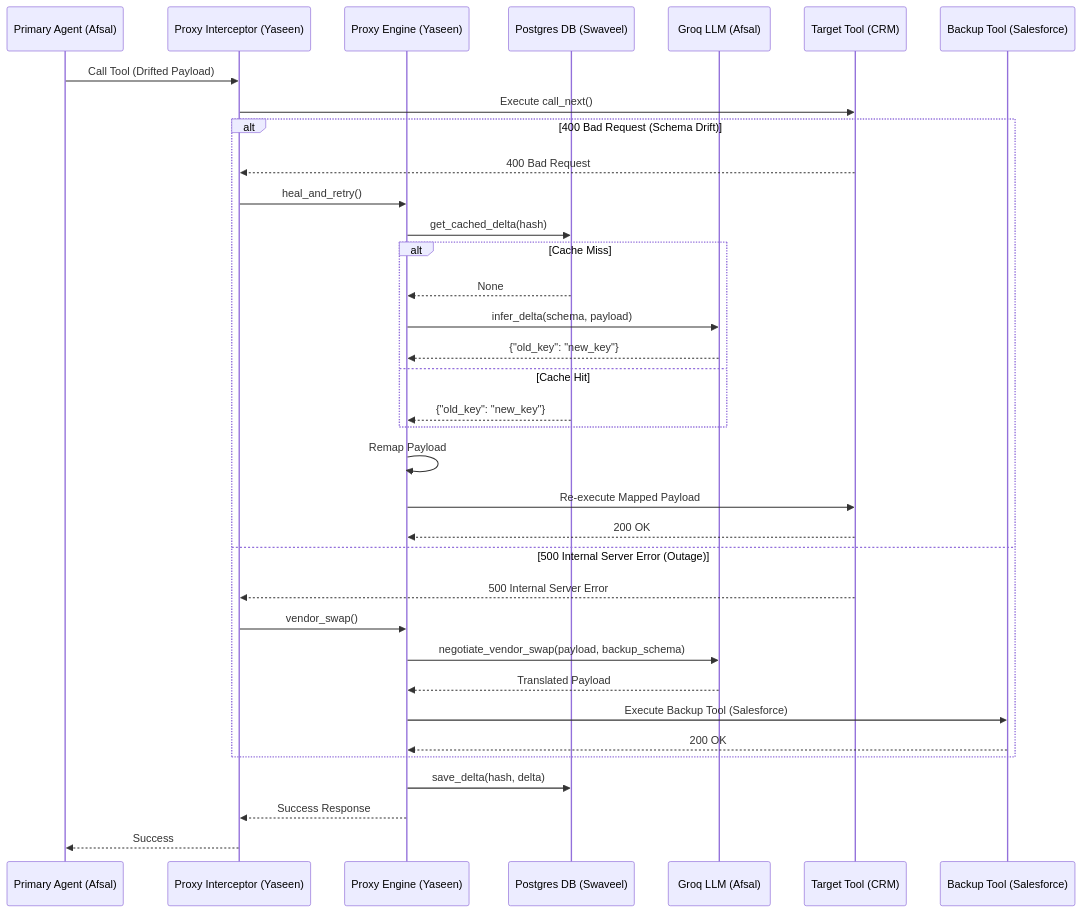
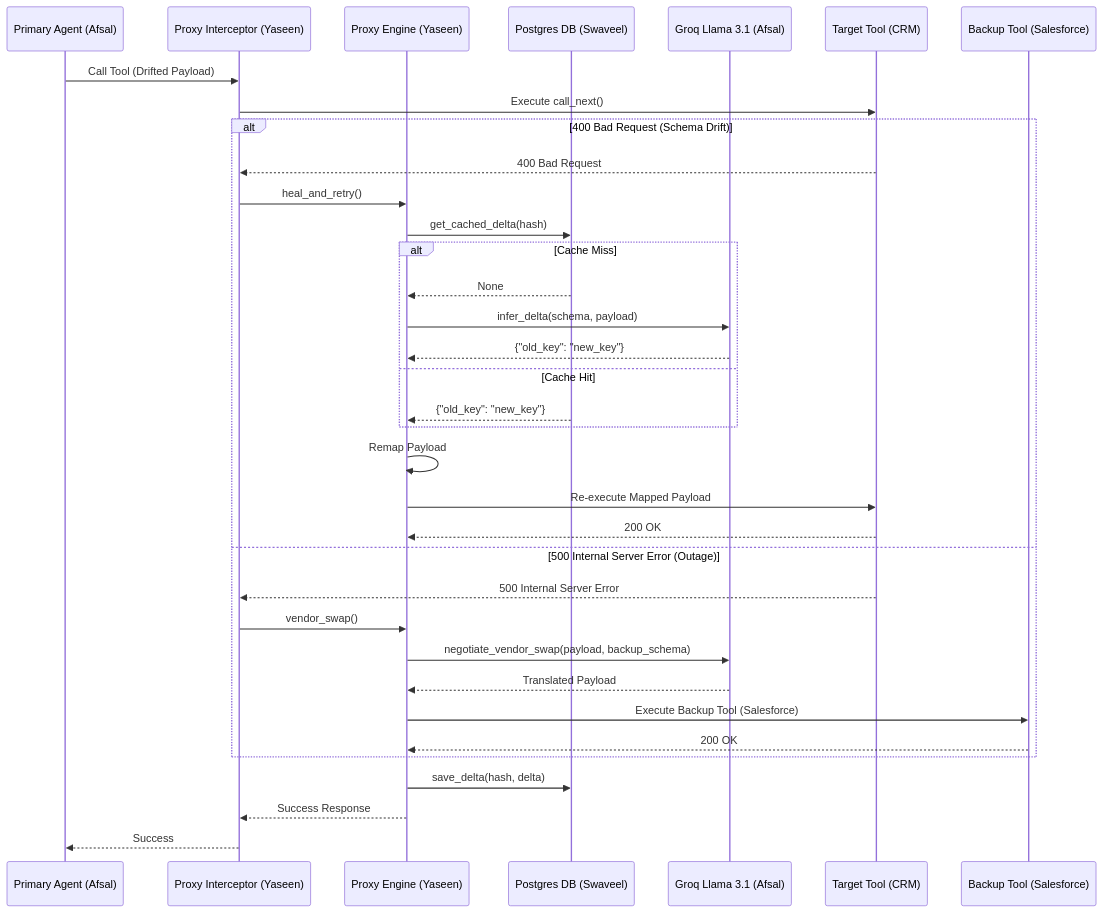
Before and after one commit to yaseenzj/Agent-Arc: the diagram in docs/architecture.md, drawn with Mermaid. The commit also changed other lines of this file and 6 other files, not shown here.

````diff
--- a/docs/architecture.md
+++ b/docs/architecture.md
@@ -17,41 +18,41 @@
 ```mermaid
 sequenceDiagram
     participant Agent as Primary Agent (Afsal)
     participant FastMCP as Proxy Interceptor (Yaseen)
     participant Engine as Proxy Engine (Yaseen)
     participant Cache as Postgres DB (Swaveel)
-    participant Inference as Groq LLM (Afsal)
+    participant Inference as Groq Llama 3.1 (Afsal)
     participant Tool as Target Tool (CRM)
     participant Backup as Backup Tool (Salesforce)
 
     Agent->>FastMCP: Call Tool (Drifted Payload)
     FastMCP->>Tool: Execute call_next()
     
     alt 400 Bad Request (Schema Drift)
         Tool-->>FastMCP: 400 Bad Request
         FastMCP->>Engine: heal_and_retry()
         Engine->>Cache: get_cached_delta(hash)
         alt Cache Miss
             Cache-->>Engine: None
             Engine->>Inference: infer_delta(schema, payload)
             Inference-->>Engine: {"old_key": "new_key"}
         else Cache Hit
             Cache-->>Engine: {"old_key": "new_key"}
         end
         Engine->>Engine: Remap Payload
         Engine->>Tool: Re-execute Mapped Payload
         Tool-->>Engine: 200 OK
         
     else 500 Internal Server Error (Outage)
         Tool-->>FastMCP: 500 Internal Server Error
         FastMCP->>Engine: vendor_swap()
         Engine->>Inference: negotiate_vendor_swap(payload, backup_schema)
         Inference-->>Engine: Translated Payload
         Engine->>Backup: Execute Backup Tool (Salesforce)
         Backup-->>Engine: 200 OK
     end
     
     Engine->>Cache: save_delta(hash, delta)
     Engine-->>FastMCP: Success Response
     FastMCP-->>Agent: Success
 ```
````
